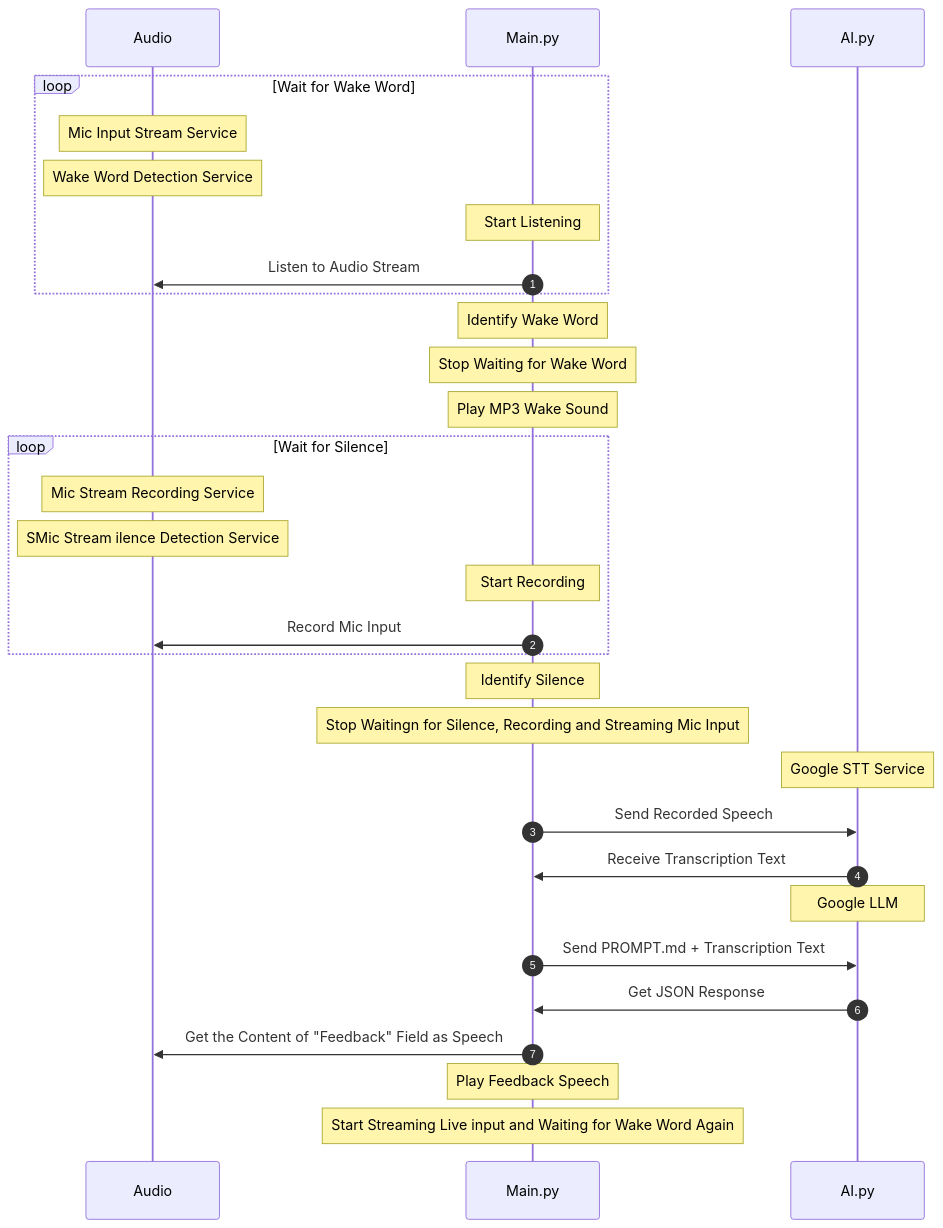
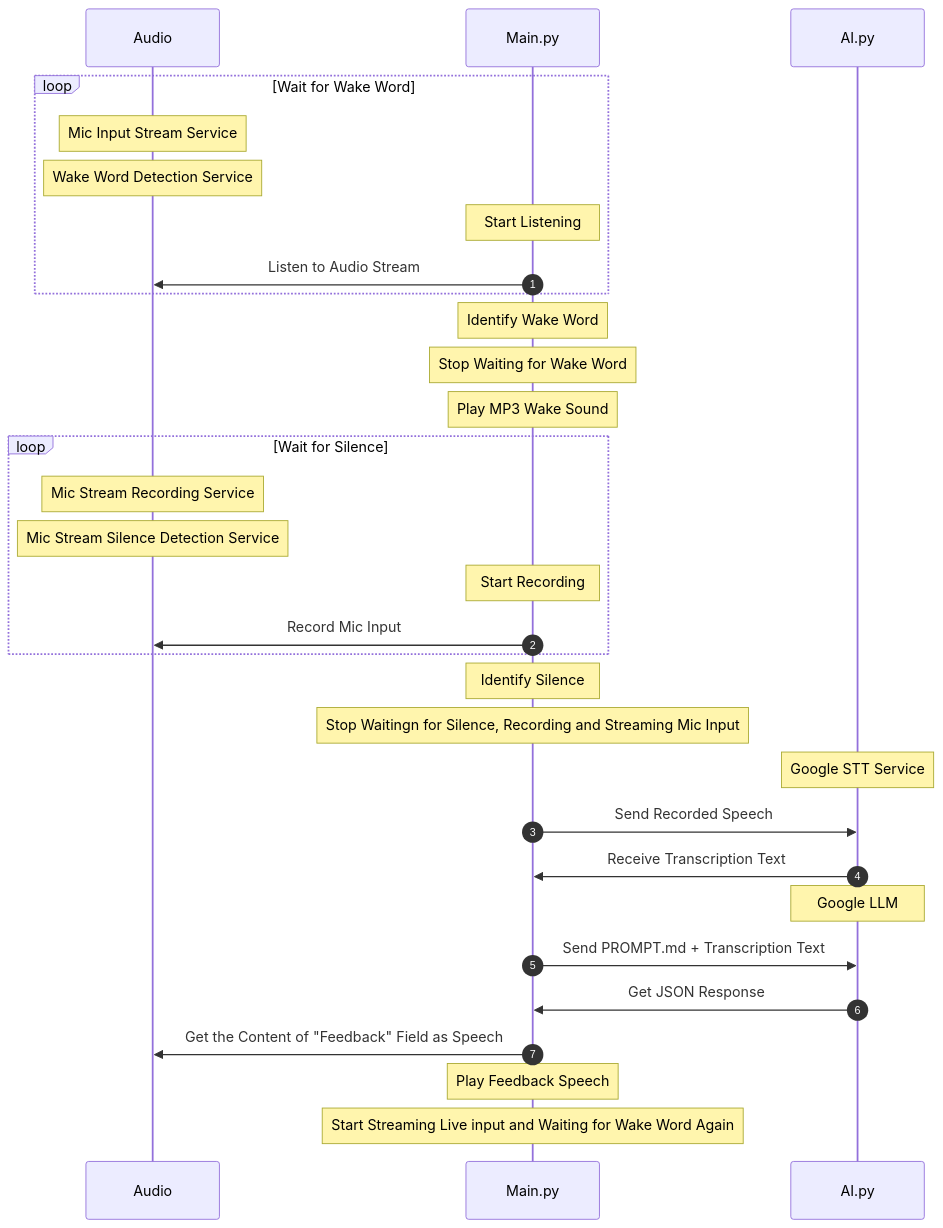
One commit to andresmascl/scrapbot.ai changed the diagram in SEQUENCEDIAGRAM.mmd. Above: the diagram before and after it, drawn with Mermaid.

Commit message:
update Sequence Diagram

```diff
--- a/SEQUENCEDIAGRAM.mmd
+++ b/SEQUENCEDIAGRAM.mmd
@@ -1,31 +1,31 @@
 sequenceDiagram
     participant Alice as Audio
     participant John as Main.py
     participant P1 as AI.py
     autonumber
     loop Wait for Wake Word
       Note over Alice: Mic Input Stream Service
       Note over Alice: Wake Word Detection Service
       Note over John: Start Listening
       John->>Alice: Listen to Audio Stream
     end
     Note over John: Identify Wake Word
     Note over John: Stop Waiting for Wake Word
     Note over John: Play MP3 Wake Sound
     loop Wait for Silence
       Note over Alice: Mic Stream Recording Service
-      Note over Alice: SMic Stream ilence Detection Service
+      Note over Alice: Mic Stream Silence Detection Service
       Note over John: Start Recording
       John->>Alice: Record Mic Input
     end
     Note over John: Identify Silence
     Note over John: Stop Waitingn for Silence, Recording and Streaming Mic Input
     Note over P1: Google STT Service
     John->>P1: Send Recorded Speech
     P1->>John: Receive Transcription Text
     Note over P1: Google LLM
     John->>P1: Send PROMPT.md + Transcription Text
     P1->>John: Get JSON Response
     John->>Alice: Get the Content of "Feedback" Field as Speech
     Note over John: Play Feedback Speech
     Note over John: Start Streaming Live input and Waiting for Wake Word Again
```
